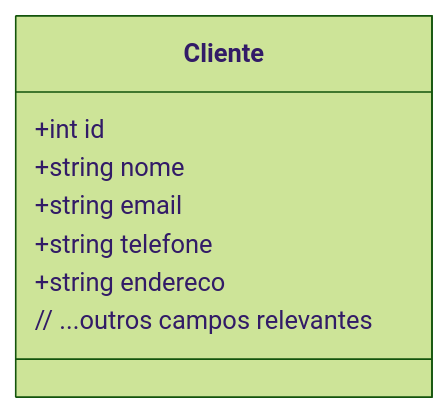
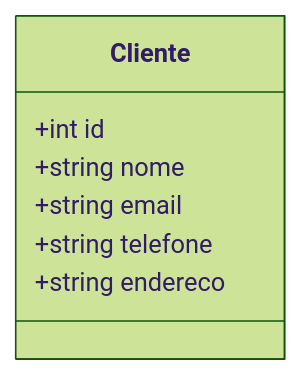
The diagram in docs/class-diagram-cliente.md (ronaldo227/serralheria-api), drawn with Mermaid (forest theme) before and after one commit. The commit also changed 6 other files, not shown here.

Commit message:
docs: valida sintaxe Mermaid e corrige potenciais erros de anotação nos diagramas

````diff
--- a/docs/class-diagram-cliente.md
+++ b/docs/class-diagram-cliente.md
@@ -3,11 +3,10 @@
 ```mermaid
 classDiagram
     class Cliente {
         +int id
         +string nome
         +string email
         +string telefone
         +string endereco
-        // ...outros campos relevantes
     }
 ```
````
